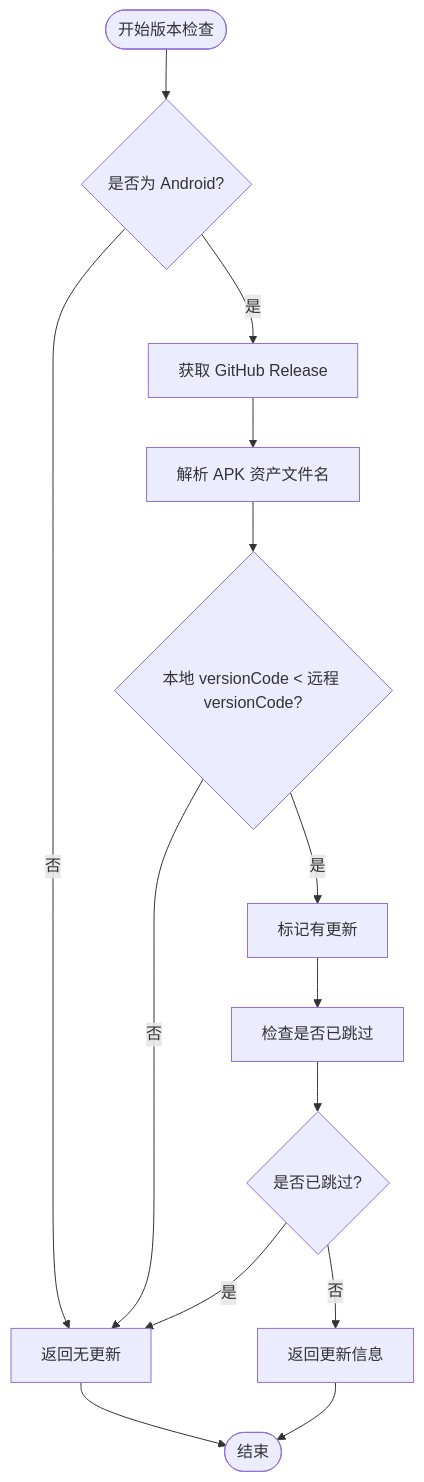
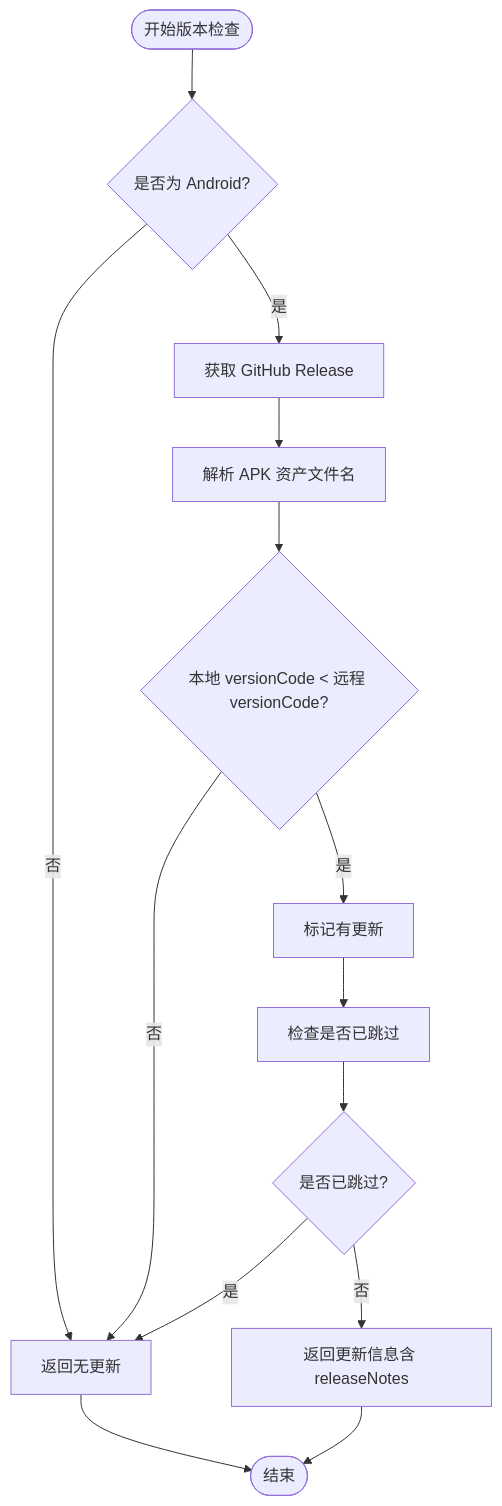
One commit to tea4go/Macro-Deck-Client-App changed the fourth of 10 diagrams in .qoder/repowiki/zh/content/核心功能模块/应用程序更新系统.md. Above: the diagram before and after it, drawn with Mermaid. The commit also changed other lines of this file and 8 other files, not shown here.

````diff
--- a/.qoder/repowiki/zh/content/核心功能模块/应用程序更新系统.md
+++ b/.qoder/repowiki/zh/content/核心功能模块/应用程序更新系统.md
@@ -217,16 +252,16 @@
 ```mermaid
 flowchart TD
 Start([开始版本检查]) --> Platform{是否为 Android?}
 Platform --> |否| NoUpdate[返回无更新]
 Platform --> |是| Fetch[获取 GitHub Release]
 Fetch --> Parse[解析 APK 资产文件名]
 Parse --> Compare{本地 versionCode < 远程 versionCode?}
 Compare --> |是| HasUpdate[标记有更新]
 Compare --> |否| NoUpdate
 HasUpdate --> SkipCheck[检查是否已跳过]
 SkipCheck --> Skipped{是否已跳过?}
 Skipped --> |是| NoUpdate
-Skipped --> |否| ReturnInfo[返回更新信息]
+Skipped --> |否| ReturnInfo[返回更新信息含 releaseNotes]
 NoUpdate --> End([结束])
 ReturnInfo --> End
 ```
````
